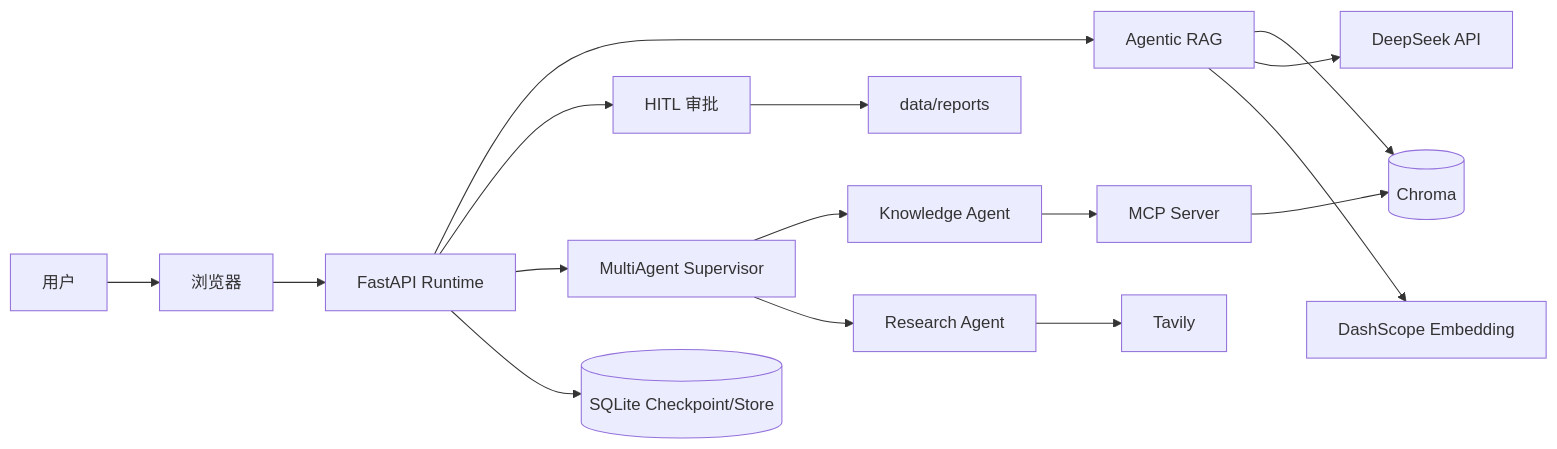
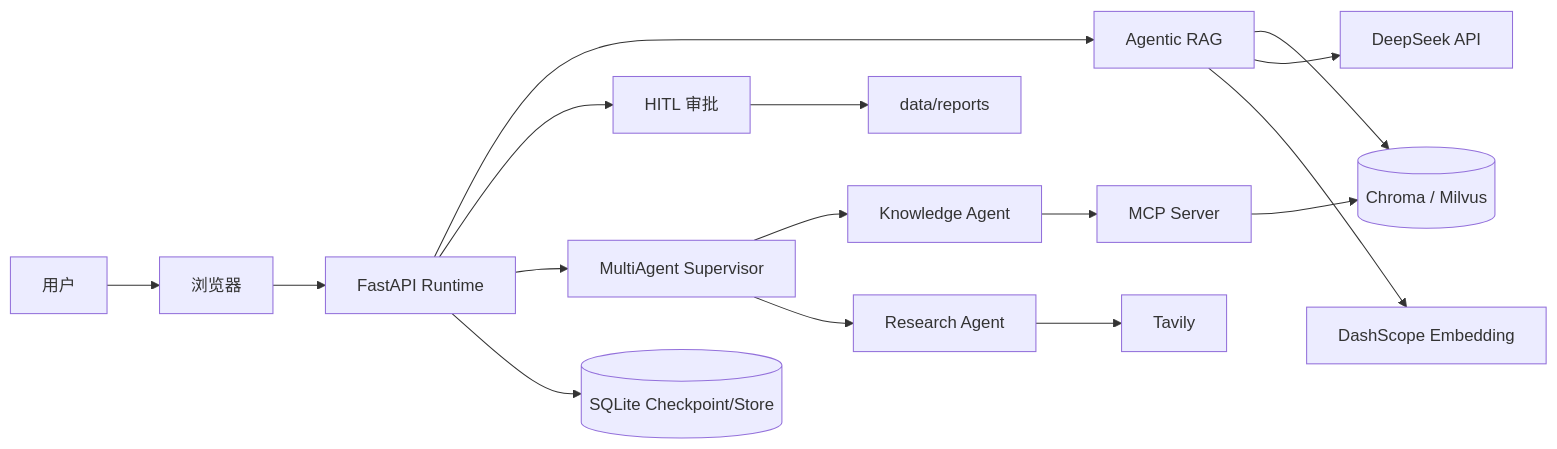
Before and after one commit to haomj/personal-knowledge-agent: the first of 6 diagrams in docs/architecture.md, drawn with Mermaid. The commit also changed other lines of this file and 16 other files, not shown here.

````diff
--- a/docs/architecture.md
+++ b/docs/architecture.md
@@ -23,21 +23,21 @@
 ```mermaid
 flowchart LR
     User[用户] --> Browser[浏览器]
     Browser --> API[FastAPI Runtime]
     API --> RAG[Agentic RAG]
     API --> HITL[HITL 审批]
     API --> Multi[MultiAgent Supervisor]
 
-    RAG --> Chroma[(Chroma)]
+    RAG --> Chroma[(Chroma / Milvus)]
     RAG --> DeepSeek[DeepSeek API]
     RAG --> Dash[DashScope Embedding]
 
     Multi --> Knowledge[Knowledge Agent]
     Multi --> Research[Research Agent]
     Knowledge --> MCP[MCP Server]
     MCP --> Chroma
     Research --> Tavily[Tavily]
 
     API --> SQLite[(SQLite Checkpoint/Store)]
     HITL --> Reports[data/reports]
 ```
````
